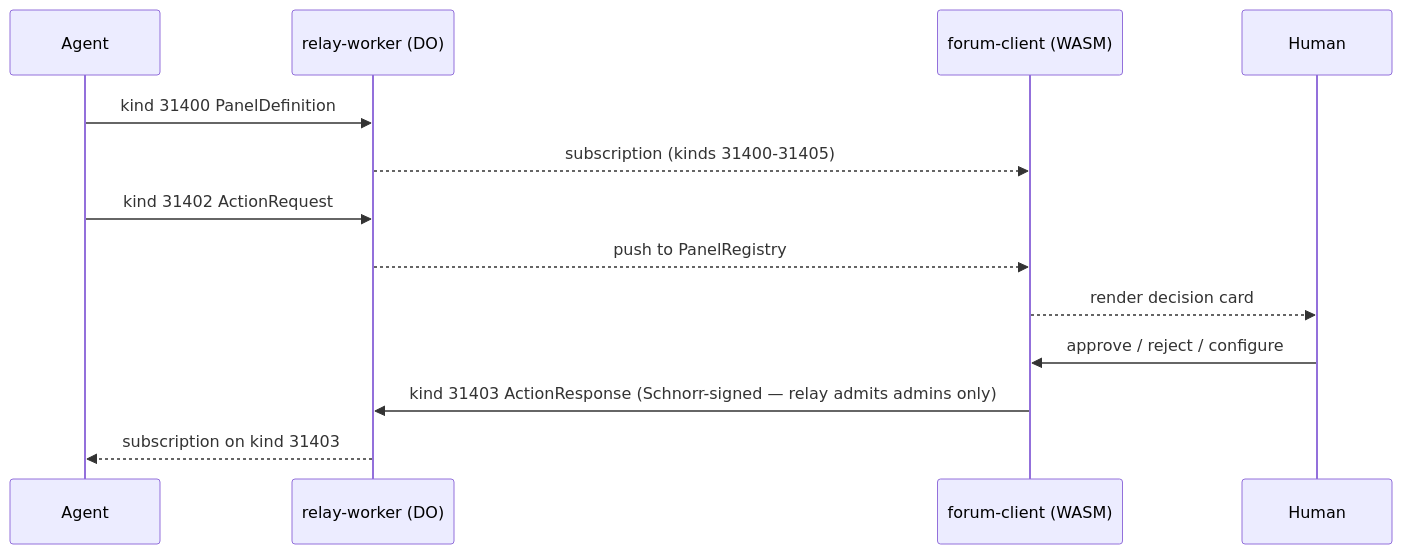
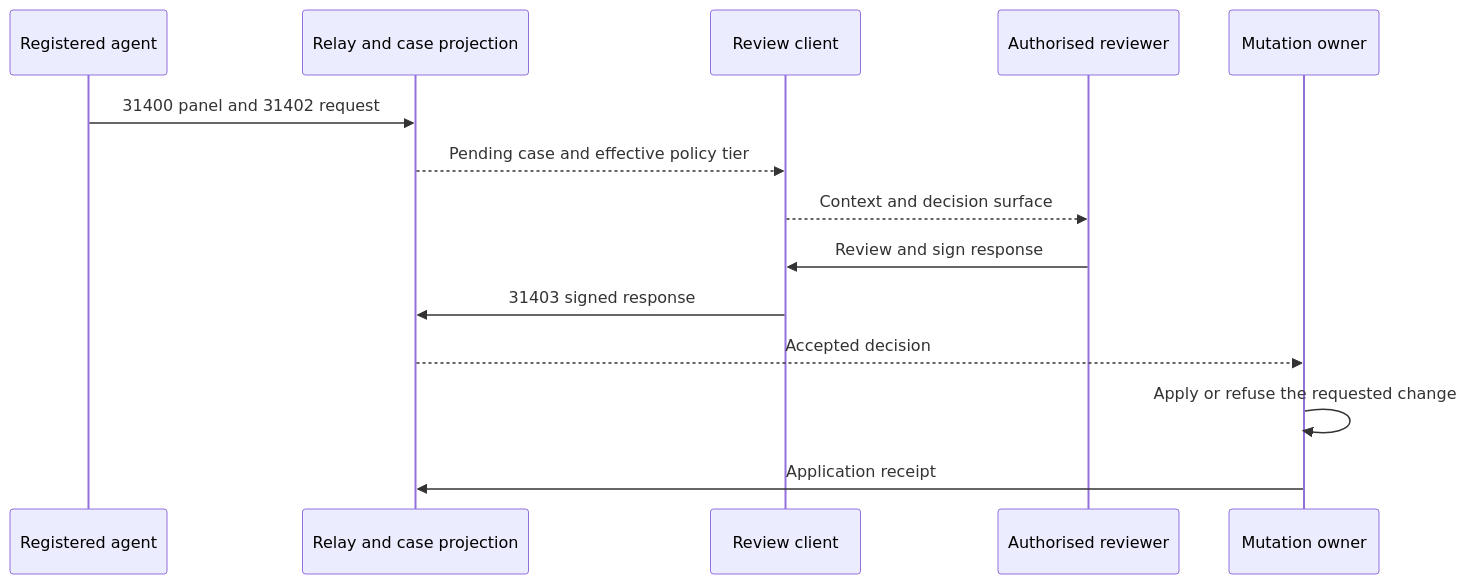
Before and after one commit to DreamLab-AI/nostr-rust-forum: the second of 2 diagrams in README.md, drawn with Mermaid. The commit also changed other lines of this file, not shown here.

````diff
--- a/README.md
+++ b/README.md
@@ -265,15 +92,16 @@
 ```mermaid
 sequenceDiagram
-    participant Agent
-    participant Relay as relay-worker (DO)
-    participant Client as forum-client (WASM)
-    participant Human
-    Agent->>Relay: kind 31400 PanelDefinition
-    Relay-->>Client: subscription (kinds 31400-31405)
-    Agent->>Relay: kind 31402 ActionRequest
-    Relay-->>Client: push to PanelRegistry
-    Client-->>Human: render decision card
-    Human->>Client: approve / reject / configure
-    Client->>Relay: kind 31403 ActionResponse (Schnorr-signed — relay admits admins only)
-    Relay-->>Agent: subscription on kind 31403
+    participant A as Registered agent
+    participant R as Relay and case projection
+    participant C as Review client
+    participant H as Authorised reviewer
+    participant O as Mutation owner
+    A->>R: 31400 panel and 31402 request
+    R-->>C: Pending case and effective policy tier
+    C-->>H: Context and decision surface
+    H->>C: Review and sign response
+    C->>R: 31403 signed response
+    R-->>O: Accepted decision
+    O->>O: Apply or refuse the requested change
+    O->>R: Application receipt
 ```
````
